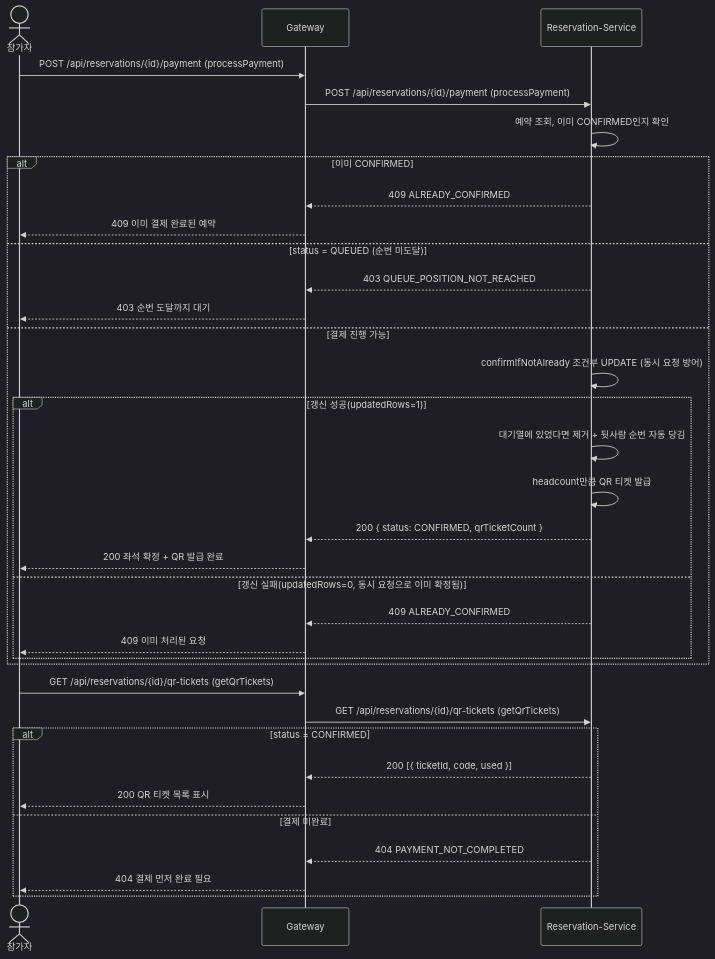
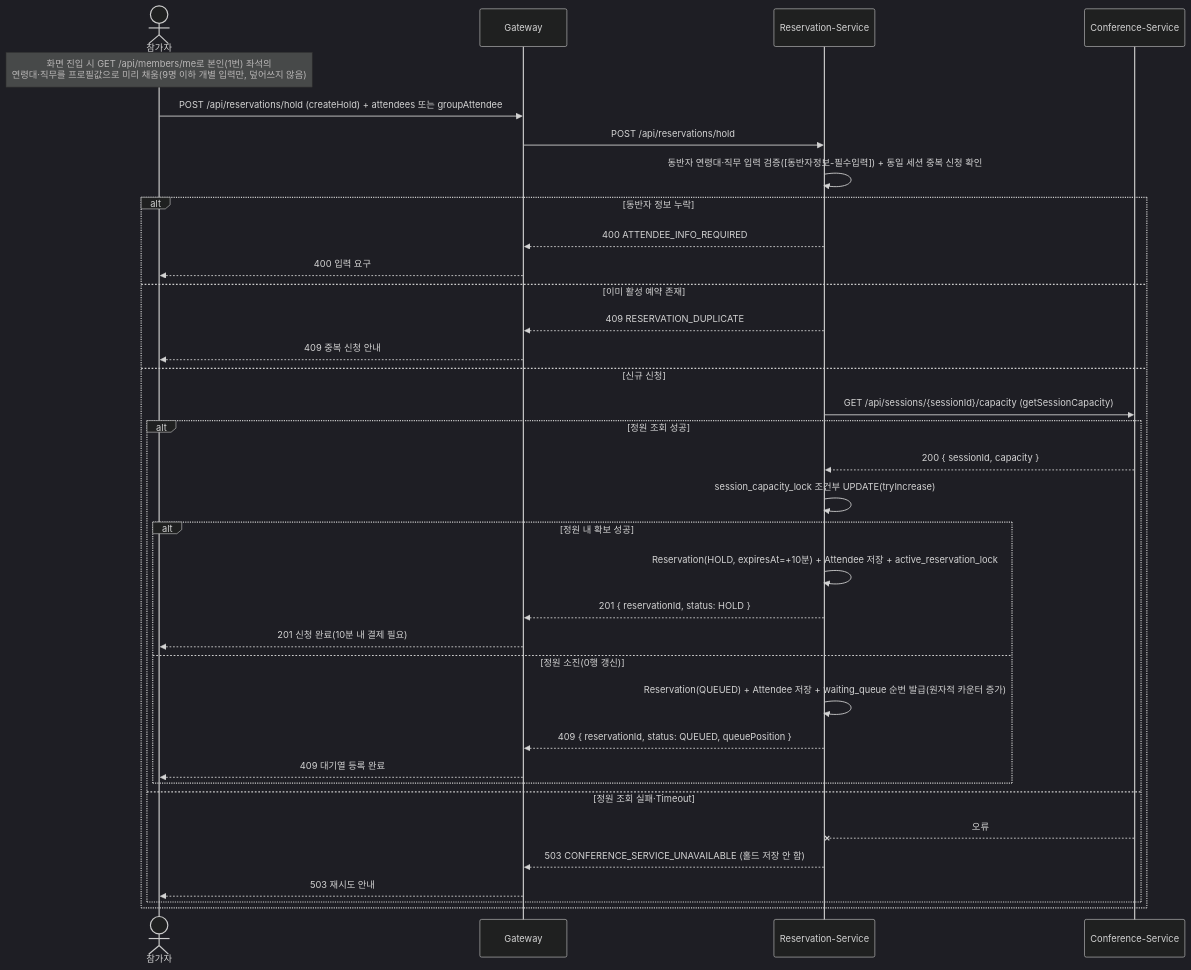
One commit to likelion-backend-24th/Final-Project-Team3 changed diagram 17 of 30 in docs/시퀀스.md. Above: the diagram before and after it, drawn with Mermaid (dark theme). The commit also changed other lines of this file and 4 other files, not shown here.

````diff
--- a/docs/시퀀스.md
+++ b/docs/시퀀스.md
@@ -284,36 +479,37 @@
 ```mermaid
 sequenceDiagram
     actor P as 참가자
     participant G as Gateway
     participant RS as Reservation-Service
-    P->>G: POST /api/reservations/{id}/payment (processPayment)
-    G->>RS: POST /api/reservations/{id}/payment (processPayment)
-    RS->>RS: 예약 조회, 이미 CONFIRMED인지 확인
-    alt 이미 CONFIRMED
-        RS-->>G: 409 ALREADY_CONFIRMED
-        G-->>P: 409 이미 결제 완료된 예약
-    else status = QUEUED (순번 미도달)
-        RS-->>G: 403 QUEUE_POSITION_NOT_REACHED
-        G-->>P: 403 순번 도달까지 대기
-    else 결제 진행 가능
-        RS->>RS: confirmIfNotAlready 조건부 UPDATE (동시 요청 방어)
-        alt 갱신 성공(updatedRows=1)
-            RS->>RS: 대기열에 있었다면 제거 + 뒷사람 순번 자동 당김
-            RS->>RS: headcount만큼 QR 티켓 발급
-            RS-->>G: 200 { status: CONFIRMED, qrTicketCount }
-            G-->>P: 200 좌석 확정 + QR 발급 완료
-        else 갱신 실패(updatedRows=0, 동시 요청으로 이미 확정됨)
-            RS-->>G: 409 ALREADY_CONFIRMED
-            G-->>P: 409 이미 처리된 요청
+    participant CS as Conference-Service
+    Note over P: 화면 진입 시 GET /api/members/me로 본인(1번) 좌석의<br/>연령대·직무를 프로필값으로 미리 채움(9명 이하 개별 입력만, 덮어쓰지 않음)
+    P->>G: POST /api/reservations/hold (createHold) + attendees 또는 groupAttendee
+    G->>RS: POST /api/reservations/hold
+    RS->>RS: 동반자 연령대·직무 입력 검증([동반자정보-필수입력]) + 동일 세션 중복 신청 확인
+    alt 동반자 정보 누락
+        RS-->>G: 400 ATTENDEE_INFO_REQUIRED
+        G-->>P: 400 입력 요구
+    else 이미 활성 예약 존재
+        RS-->>G: 409 RESERVATION_DUPLICATE
+        G-->>P: 409 중복 신청 안내
+    else 신규 신청
+        RS->>CS: GET /api/sessions/{sessionId}/capacity (getSessionCapacity)
+        alt 정원 조회 성공
+            CS-->>RS: 200 { sessionId, capacity }
+            RS->>RS: session_capacity_lock 조건부 UPDATE(tryIncrease)
+            alt 정원 내 확보 성공
+                RS->>RS: Reservation(HOLD, expiresAt=+10분) + Attendee 저장 + active_reservation_lock
+                RS-->>G: 201 { reservationId, status: HOLD }
+                G-->>P: 201 신청 완료(10분 내 결제 필요)
+            else 정원 소진(0행 갱신)
+                RS->>RS: Reservation(QUEUED) + Attendee 저장 + waiting_queue 순번 발급(원자적 카운터 증가)
+                RS-->>G: 409 { reservationId, status: QUEUED, queuePosition }
+                G-->>P: 409 대기열 등록 완료
+            end
+        else 정원 조회 실패·Timeout
+            CS--xRS: 오류
+            RS-->>G: 503 CONFERENCE_SERVICE_UNAVAILABLE (홀드 저장 안 함)
+            G-->>P: 503 재시도 안내
         end
     end
-    P->>G: GET /api/reservations/{id}/qr-tickets (getQrTickets)
-    G->>RS: GET /api/reservations/{id}/qr-tickets (getQrTickets)
-    alt status = CONFIRMED
-        RS-->>G: 200 [{ ticketId, code, used }]
-        G-->>P: 200 QR 티켓 목록 표시
-    else 결제 미완료
-        RS-->>G: 404 PAYMENT_NOT_COMPLETED
-        G-->>P: 404 결제 먼저 완료 필요
-    end
 ```
````
